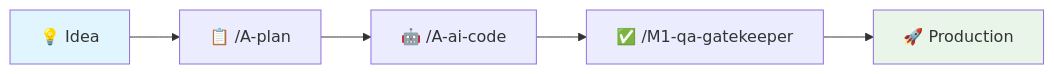
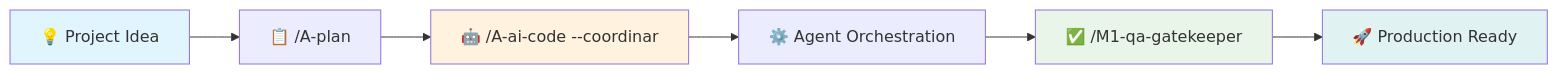
One commit to VenomNite/claude-code-toolkit changed the diagram in README.md. Above: the diagram before and after it, drawn with Mermaid. The commit also changed other lines of this file and 1 other file, not shown here.

````diff
--- a/README.md
+++ b/README.md
@@ -22,9 +46,13 @@
 ```mermaid
 graph LR
-    A[💡 Idea] --> B[📋 /A-plan]
-    B --> C[🤖 /A-ai-code]
-    C --> D[✅ /M1-qa-gatekeeper]
-    D --> E[🚀 Production]
+    A[💡 Project Idea] --> B[📋 /A-plan]
+    B --> C[🤖 /A-ai-code --coordinar]
+    C --> D[⚙️ Agent Orchestration]
+    D --> E[✅ /M1-qa-gatekeeper]
+    E --> F[🚀 Production Ready]
+
     style A fill:#e1f5fe
+    style C fill:#fff3e0
     style E fill:#e8f5e8
+    style F fill:#e0f2f1
 ```
````
